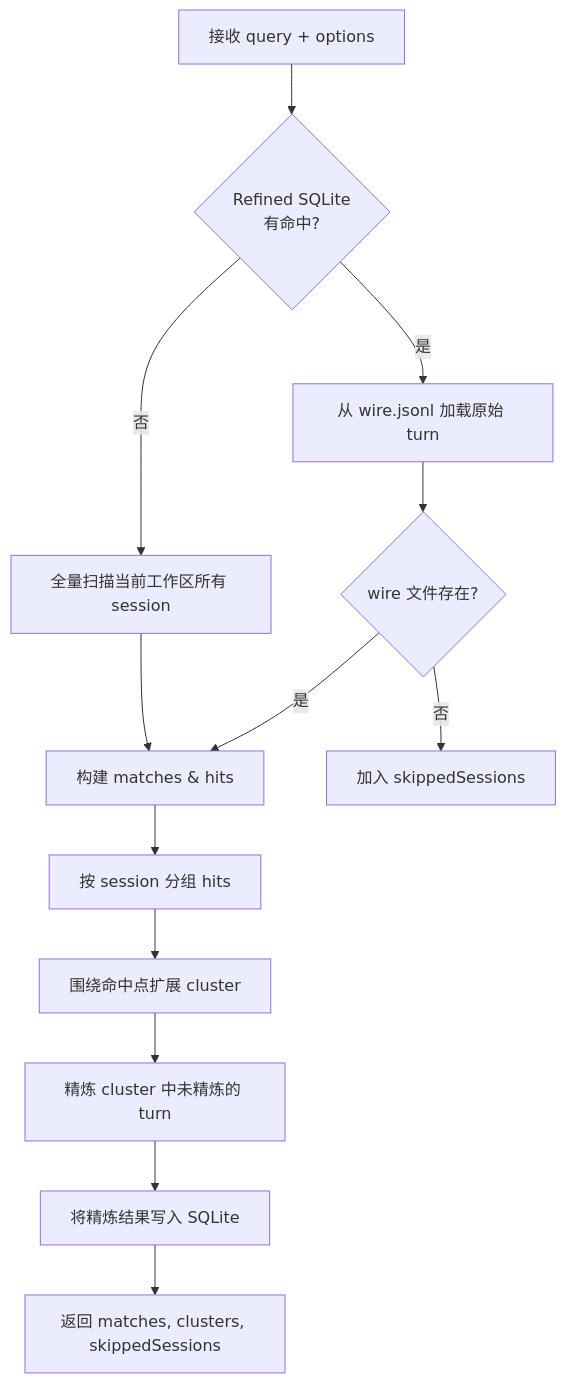
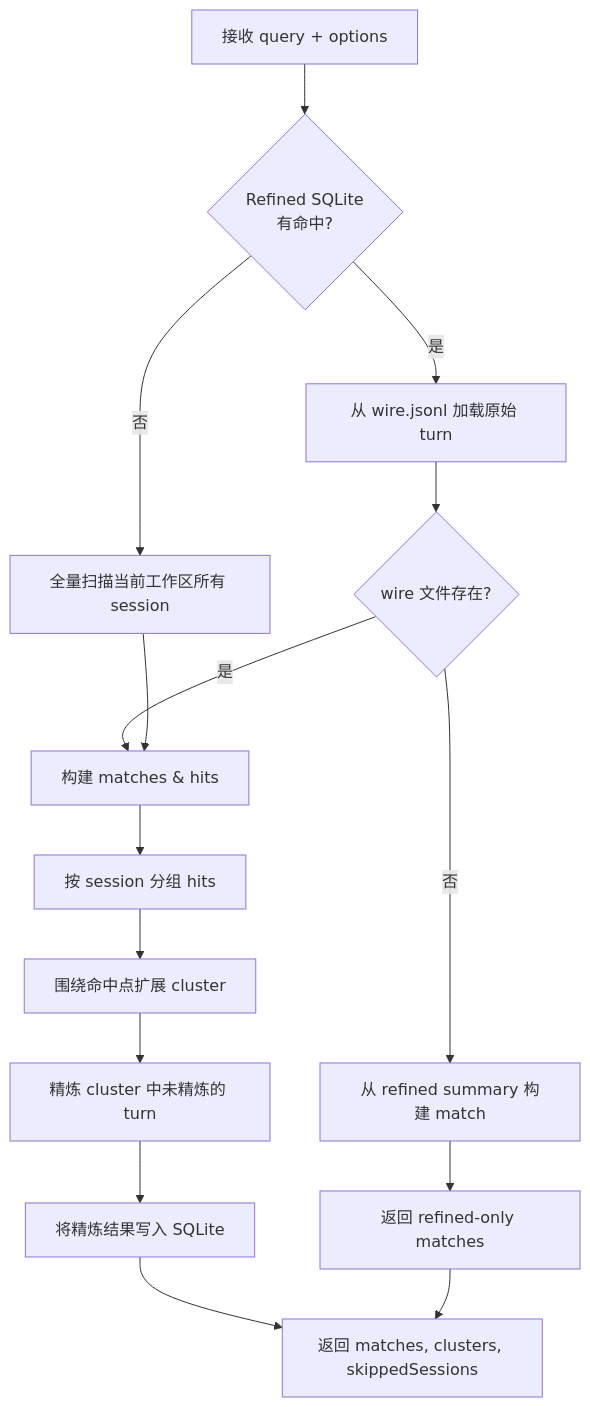
The second of 2 diagrams in docs/search-logic.zh-CN.md (Zehee/kimi-code-memory-mcp-server), drawn with Mermaid before and after one commit. The commit also changed other lines of this file and 3 other files, not shown here.

````diff
--- a/docs/search-logic.zh-CN.md
+++ b/docs/search-logic.zh-CN.md
@@ -68,16 +68,18 @@
 ```mermaid
 flowchart TD
     A[接收 query + options] --> B{Refined SQLite
     有命中?}
     B -->|是| C[从 wire.jsonl 加载原始 turn]
     B -->|否| D[全量扫描当前工作区所有 session]
     C --> E{wire 文件存在?}
     E -->|是| F[构建 matches & hits]
-    E -->|否| G[加入 skippedSessions]
+    E -->|否| G[从 refined summary 构建 match]
     D --> F
     F --> H[按 session 分组 hits]
+    G --> M[返回 refined-only matches]
     H --> I[围绕命中点扩展 cluster]
     I --> J[精炼 cluster 中未精炼的 turn]
     J --> K[将精炼结果写入 SQLite]
     K --> L[返回 matches, clusters, skippedSessions]
+    M --> L
 ```
````
